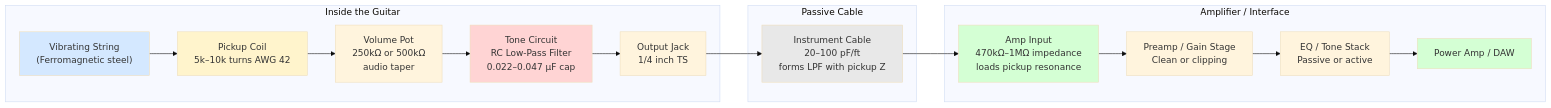
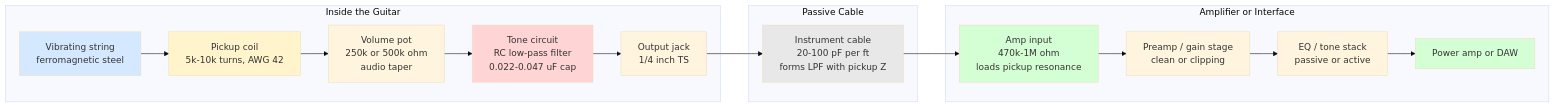
The second of 5 diagrams in topics/arts/music_performance/electric_guitar/labs.md (blebleblee/synapse), drawn with Mermaid (base theme) before and after one commit. The commit also changed other lines of this file and 3 other files, not shown here.

````diff
--- a/topics/arts/music_performance/electric_guitar/labs.md
+++ b/topics/arts/music_performance/electric_guitar/labs.md
@@ -465,29 +332,30 @@
 ```mermaid
 graph LR
     subgraph sub_guitar ["Inside the Guitar"]
-        A["Vibrating String\n(Ferromagnetic steel)"] --> B["Pickup Coil\n5k–10k turns AWG 42"]
-        B --> C["Volume Pot\n250kΩ or 500kΩ\naudio taper"]
-        C --> D["Tone Circuit\nRC Low-Pass Filter\n0.022–0.047 µF cap"]
-        D --> E["Output Jack\n1/4 inch TS"]
+        A["Vibrating string<br/>ferromagnetic steel"] --> B["Pickup coil<br/>5k-10k turns, AWG 42"]
+        B --> C["Volume pot<br/>250k or 500k ohm<br/>audio taper"]
+        C --> D["Tone circuit<br/>RC low-pass filter<br/>0.022-0.047 uF cap"]
+        D --> E["Output jack<br/>1/4 inch TS"]
     end
 
     subgraph sub_cable ["Passive Cable"]
-        F["Instrument Cable\n20–100 pF/ft\nforms LPF with pickup Z"]
+        F["Instrument cable<br/>20-100 pF per ft<br/>forms LPF with pickup Z"]
     end
 
-    subgraph sub_amp ["Amplifier / Interface"]
-        G["Amp Input\n470kΩ–1MΩ impedance\nloads pickup resonance"]
-        G --> H["Preamp / Gain Stage\nClean or clipping"]
-        H --> I["EQ / Tone Stack\nPassive or active"]
-        I --> J["Power Amp / DAW"]
+    subgraph sub_amp ["Amplifier or Interface"]
+        G["Amp input<br/>470k-1M ohm<br/>loads pickup resonance"]
+        H["Preamp / gain stage<br/>clean or clipping"]
+        I["EQ / tone stack<br/>passive or active"]
+        J["Power amp or DAW"]
+        G --> H --> I --> J
     end
 
     E --> F --> G
 
     style A fill:#d4e8ff
     style B fill:#fff4cc
     style D fill:#ffd4d4
     style F fill:#e8e8e8
     style G fill:#d4ffd4
     style J fill:#d4ffd4
 ```
````
